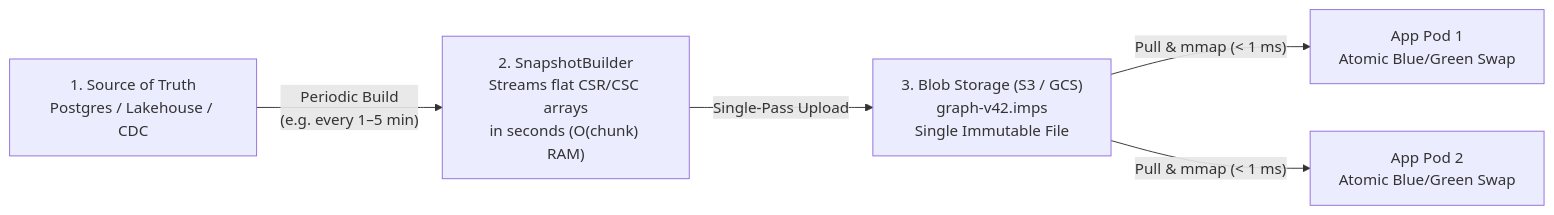
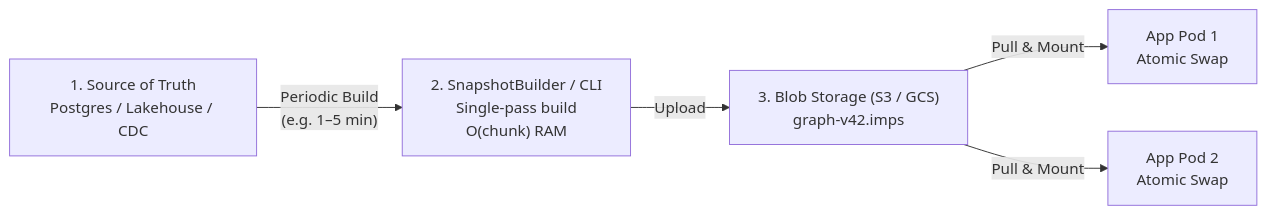
One commit to impulse-graph/impulse-website changed the diagram in docs/getting-started/handling-mutations.md. Above: the diagram before and after it, drawn with Mermaid. The commit also changed other lines of this file and 21 other files, not shown here.

````diff
--- a/docs/getting-started/handling-mutations.md
+++ b/docs/getting-started/handling-mutations.md
@@ -37,7 +18,7 @@
 ```mermaid
 flowchart LR
-    DB["1. Source of Truth\nPostgres / Lakehouse / CDC"] -->|"Periodic Build\n(e.g. every 1–5 min)"| BUILD["2. SnapshotBuilder\nStreams flat CSR/CSC arrays\nin seconds (O(chunk) RAM)"]
-    BUILD -->|"Single-Pass Upload"| BLOB["3. Blob Storage (S3 / GCS)\ngraph-v42.imps\nSingle Immutable File"]
-    BLOB -->|"Pull & mmap (< 1 ms)"| POD1["App Pod 1\nAtomic Blue/Green Swap"]
-    BLOB -->|"Pull & mmap (< 1 ms)"| POD2["App Pod 2\nAtomic Blue/Green Swap"]
+    DB["1. Source of Truth\nPostgres / Lakehouse / CDC"] -->|"Periodic Build\n(e.g. 1–5 min)"| BUILD["2. SnapshotBuilder / CLI\nSingle-pass build\nO(chunk) RAM"]
+    BUILD -->|"Upload"| BLOB["3. Blob Storage (S3 / GCS)\ngraph-v42.imps"]
+    BLOB -->|"Pull & Mount"| POD1["App Pod 1\nAtomic Swap"]
+    BLOB -->|"Pull & Mount"| POD2["App Pod 2\nAtomic Swap"]
 ```
````
